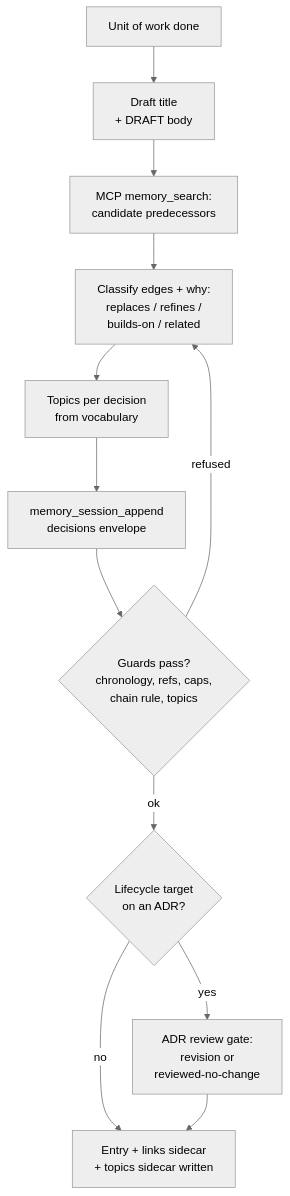
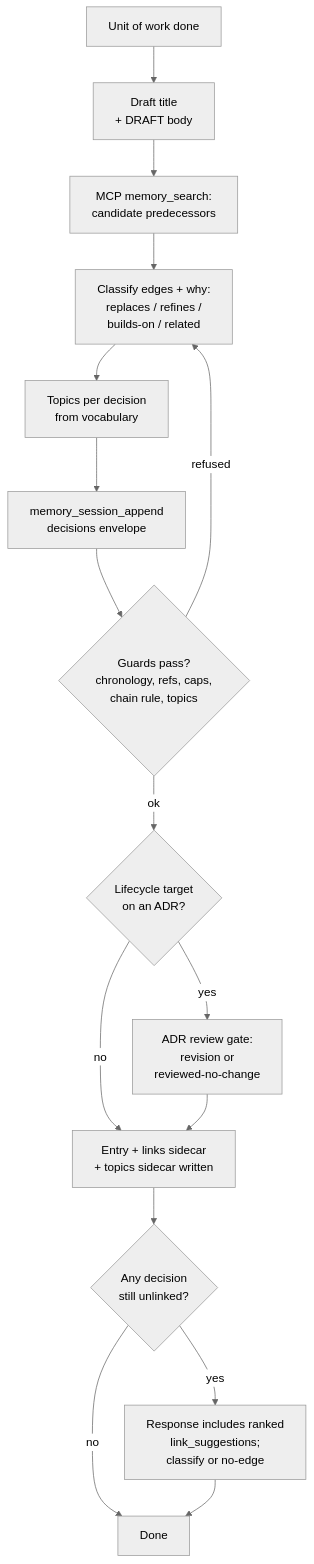
The third of 8 diagrams in docs/1_Inbox/agent-interaction-storylines-review.md (jnl-tshi/memory-seed), drawn with Mermaid (neutral theme) before and after one commit. The commit also changed other lines of this file and 4 other files, not shown here.

````diff
--- a/docs/1_Inbox/agent-interaction-storylines-review.md
+++ b/docs/1_Inbox/agent-interaction-storylines-review.md
@@ -156,14 +166,18 @@
 ```mermaid
 flowchart TD
     A["Unit of work done"] --> B["Draft title<br/>+ DRAFT body"]
     B --> C["MCP memory_search:<br/>candidate predecessors"]
     C --> D["Classify edges + why:<br/>replaces / refines /<br/>builds-on / related"]
     D --> E["Topics per decision<br/>from vocabulary"]
     E --> F["memory_session_append<br/>decisions envelope"]
     F --> G{"Guards pass?<br/>chronology, refs, caps,<br/>chain rule, topics"}
     G -- refused --> D
     G -- ok --> H{"Lifecycle target<br/>on an ADR?"}
     H -- yes --> I["ADR review gate:<br/>revision or<br/>reviewed-no-change"]
     H -- no --> J["Entry + links sidecar<br/>+ topics sidecar written"]
     I --> J
+    J --> K{"Any decision<br/>still unlinked?"}
+    K -- yes --> L["Response includes ranked<br/>link_suggestions;<br/>classify or no-edge"]
+    K -- no --> M["Done"]
+    L --> M
 ```
````
